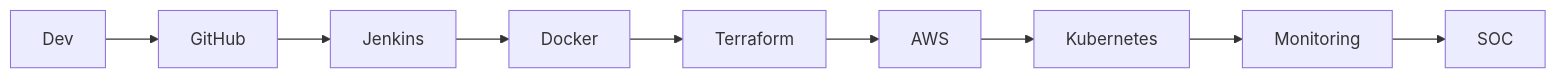
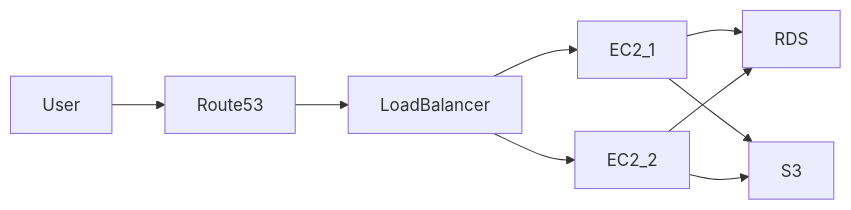
Before and after one commit to Balaji-R-web/Balaji-R-web: the diagram in README.md, drawn with Mermaid. The commit also changed other lines of this file, not shown here.

````diff
--- a/README.md
+++ b/README.md
@@ -59,4 +83,11 @@
 ```mermaid
 flowchart LR
-    Dev --> GitHub --> Jenkins --> Docker --> Terraform --> AWS --> Kubernetes --> Monitoring --> SOC
+    User --> Route53
+    Route53 --> LoadBalancer
+    LoadBalancer --> EC2_1
+    LoadBalancer --> EC2_2
+    EC2_1 --> RDS
+    EC2_2 --> RDS
+    EC2_1 --> S3
+    EC2_2 --> S3
 ```
````
